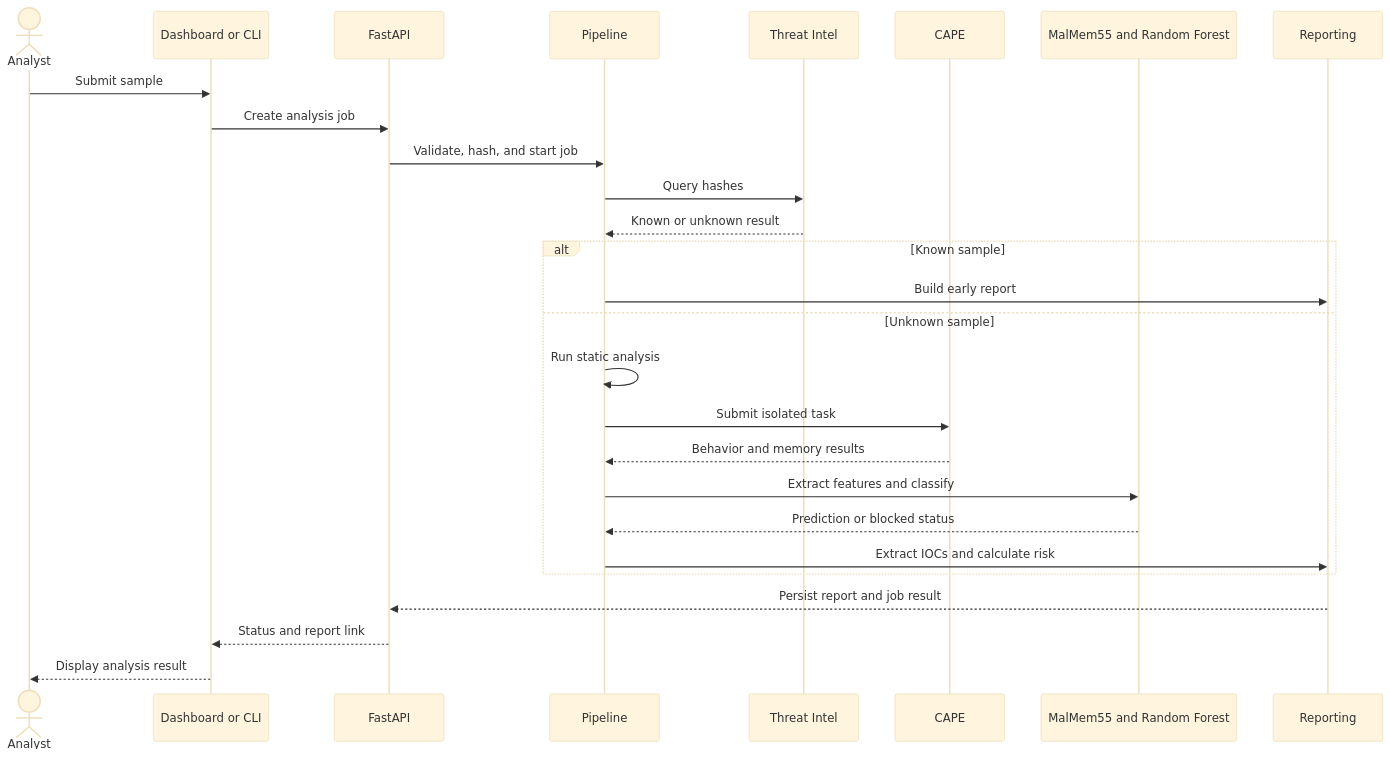
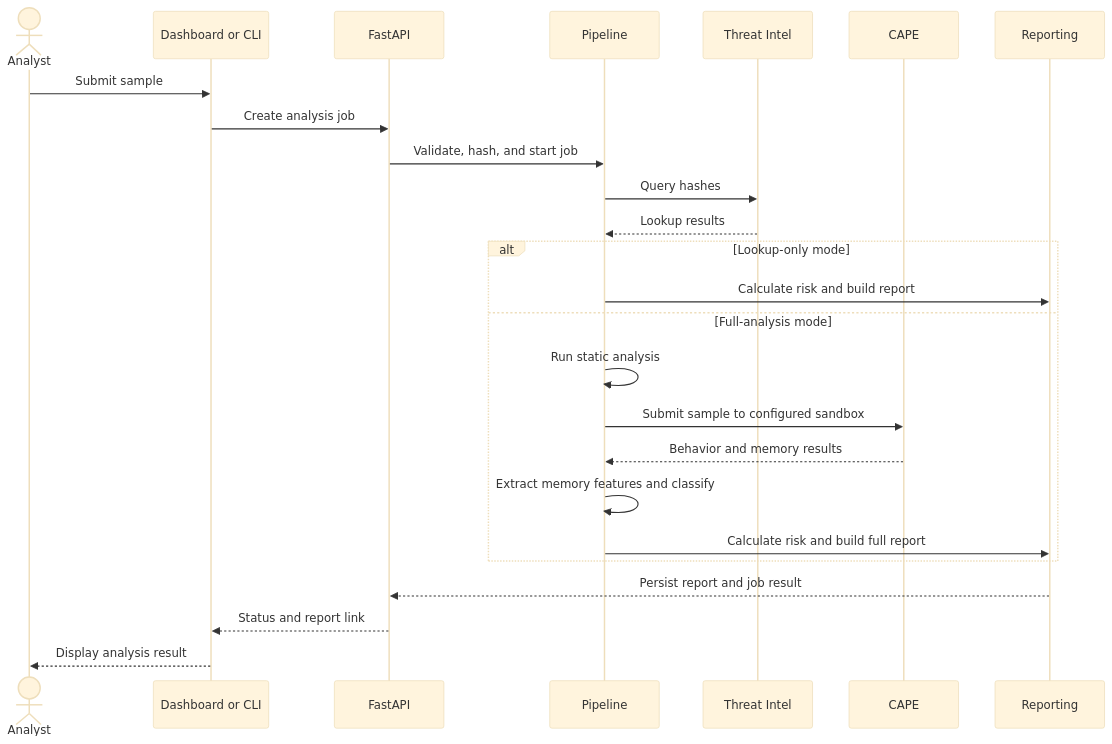
The third of 5 diagrams in Ransomware/docs/DIAGRAMS.md (Anshpatel2006/SentinelSuit), drawn with Mermaid (base theme) before and after one commit. The commit also changed other lines of this file and 756 other files, not shown here.

````diff
--- a/Ransomware/docs/DIAGRAMS.md
+++ b/Ransomware/docs/DIAGRAMS.md
@@ -52,30 +39,28 @@
 ```mermaid
 sequenceDiagram
     actor Analyst
     participant UI as Dashboard or CLI
     participant API as FastAPI
     participant P as Pipeline
     participant TI as Threat Intel
     participant CAPE as CAPE
-    participant ML as MalMem55 and Random Forest
     participant R as Reporting
 
     Analyst->>UI: Submit sample
     UI->>API: Create analysis job
     API->>P: Validate, hash, and start job
     P->>TI: Query hashes
-    TI-->>P: Known or unknown result
-    alt Known sample
-        P->>R: Build early report
-    else Unknown sample
+    TI-->>P: Lookup results
+    alt Lookup-only mode
+        P->>R: Calculate risk and build report
+    else Full-analysis mode
         P->>P: Run static analysis
-        P->>CAPE: Submit isolated task
+        P->>CAPE: Submit sample to configured sandbox
         CAPE-->>P: Behavior and memory results
-        P->>ML: Extract features and classify
-        ML-->>P: Prediction or blocked status
-        P->>R: Extract IOCs and calculate risk
+        P->>P: Extract memory features and classify
+        P->>R: Calculate risk and build full report
     end
     R-->>API: Persist report and job result
     API-->>UI: Status and report link
     UI-->>Analyst: Display analysis result
 ```
````
